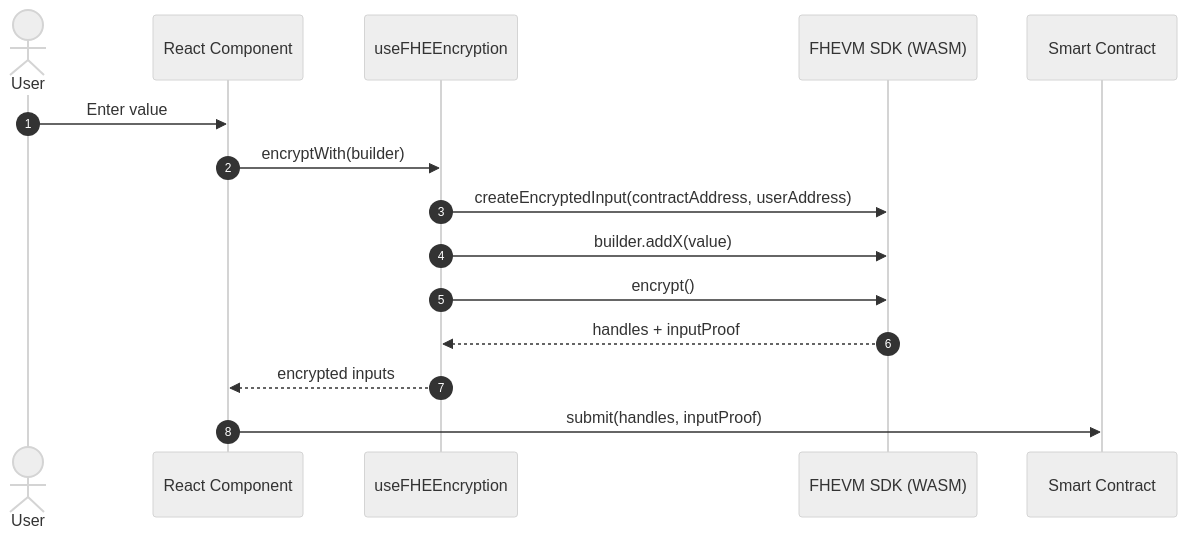
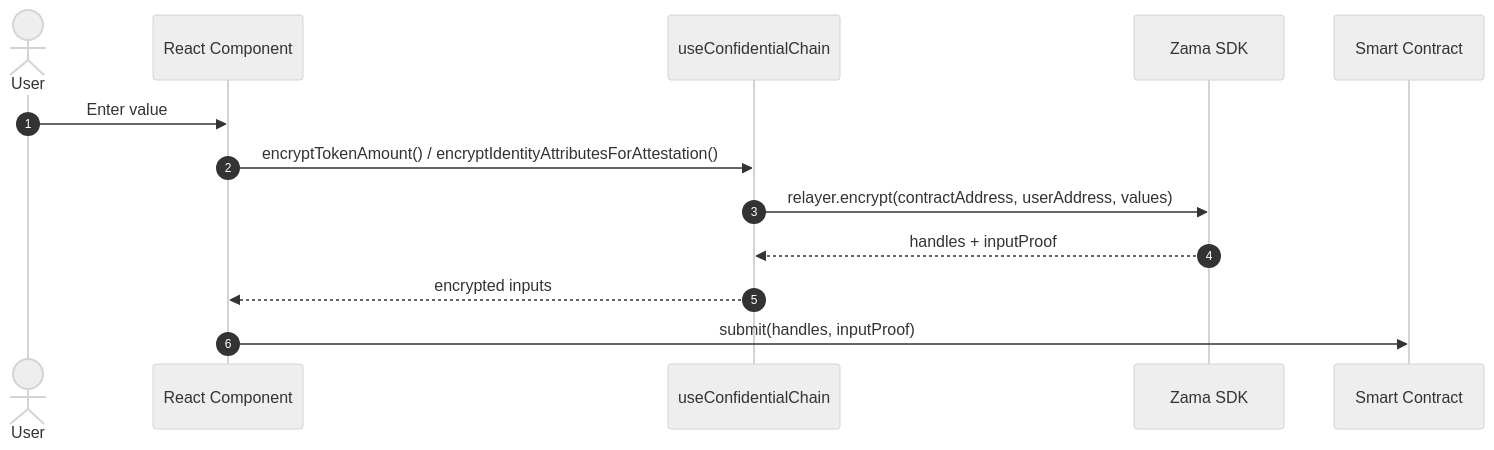
One commit to gustavovalverde/zentity changed the seventh of 9 diagrams in docs/(architecture)/web3-architecture.md. Above: the diagram before and after it, drawn with Mermaid (neutral theme). The commit also changed other lines of this file and 87 other files, not shown here.

````diff
--- a/docs/(architecture)/web3-architecture.md
+++ b/docs/(architecture)/web3-architecture.md
@@ -343,18 +342,16 @@
 ```mermaid
 sequenceDiagram
   autonumber
   actor User
   participant C as React Component
-  participant H as useFHEEncryption
-  participant SDK as FHEVM SDK (WASM)
+  participant H as useConfidentialChain
+  participant SDK as Zama SDK
   participant S as Smart Contract
 
   User->>C: Enter value
-  C->>H: encryptWith(builder)
-  H->>SDK: createEncryptedInput(contractAddress, userAddress)
-  H->>SDK: builder.addX(value)
-  H->>SDK: encrypt()
+  C->>H: encryptTokenAmount() / encryptIdentityAttributesForAttestation()
+  H->>SDK: relayer.encrypt(contractAddress, userAddress, values)
   SDK-->>H: handles + inputProof
   H-->>C: encrypted inputs
   C->>S: submit(handles, inputProof)
 ```
````
